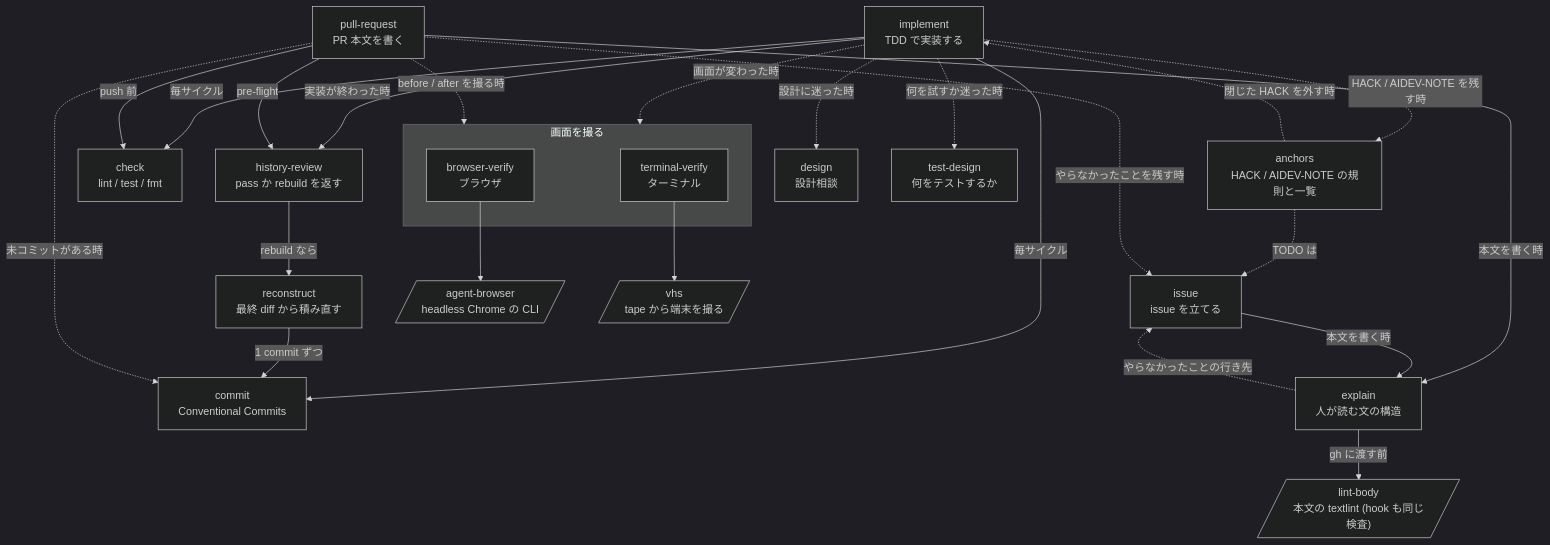
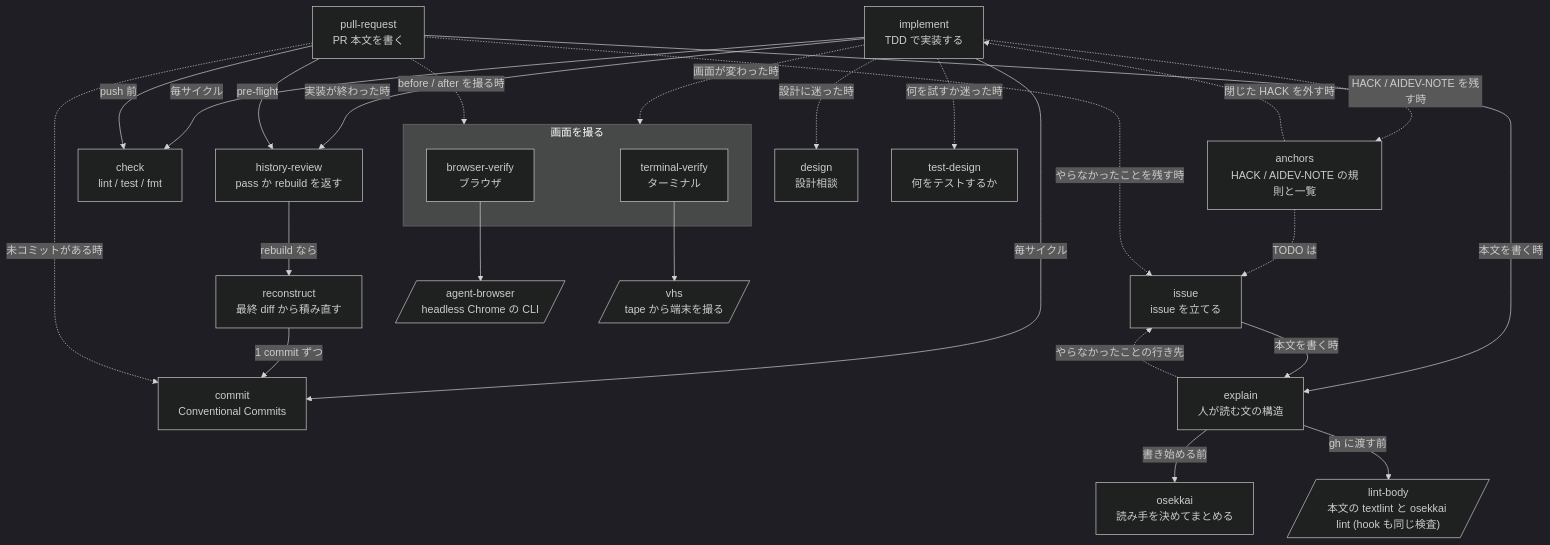
Before and after one commit to Xantibody/dotfiles: the first of 3 diagrams in configs/agents/README.md, drawn with Mermaid (dark theme). The commit also changed other lines of this file and 8 other files, not shown here.

First line of the commit message:
feat(claude): add osekkai as the base skill and lint for prose

````diff
--- a/configs/agents/README.md
+++ b/configs/agents/README.md
@@ -15,44 +15,46 @@
 ```mermaid
 flowchart TD
   implement["implement<br/>TDD で実装する"]
   check["check<br/>lint / test / fmt"]
   commit["commit<br/>Conventional Commits"]
   hr["history-review<br/>pass か rebuild を返す"]
   reconstruct["reconstruct<br/>最終 diff から積み直す"]
   pr["pull-request<br/>PR 本文を書く"]
   issue["issue<br/>issue を立てる"]
   explain["explain<br/>人が読む文の構造"]
+  osekkai["osekkai<br/>読み手を決めてまとめる"]
   subgraph shot ["画面を撮る"]
     bv["browser-verify<br/>ブラウザ"]
     tv["terminal-verify<br/>ターミナル"]
   end
   anchors["anchors<br/>HACK / AIDEV-NOTE の規則と一覧"]
   design["design<br/>設計相談"]
   testdesign["test-design<br/>何をテストするか"]
   ab[/"agent-browser<br/>headless Chrome の CLI"/]
   vhs[/"vhs<br/>tape から端末を撮る"/]
-  lint[/"lint-body<br/>本文の textlint (hook も同じ検査)"/]
+  lint[/"lint-body<br/>本文の textlint と osekkai lint (hook も同じ検査)"/]
 
   implement -->|"毎サイクル"| check
   implement -->|"毎サイクル"| commit
   implement -->|"実装が終わった時"| hr
   implement -.->|"画面が変わった時"| shot
   implement -.->|"設計に迷った時"| design
   implement -.->|"何を試すか迷った時"| testdesign
   implement -.->|"HACK / AIDEV-NOTE を残す時"| anchors
   anchors -.->|"閉じた HACK を外す時"| implement
   anchors -.->|"TODO は"| issue
   hr -->|"rebuild なら"| reconstruct
   reconstruct -->|"1 commit ずつ"| commit
   pr -->|"pre-flight"| hr
   pr -->|"push 前"| check
   pr -->|"本文を書く時"| explain
   pr -.->|"未コミットがある時"| commit
   pr -.->|"before / after を撮る時"| shot
   pr -.->|"やらなかったことを残す時"| issue
   issue -->|"本文を書く時"| explain
   explain -.->|"やらなかったことの行き先"| issue
+  explain -->|"書き始める前"| osekkai
   explain -->|"gh に渡す前"| lint
   bv --> ab
   tv --> vhs
 ```
````
